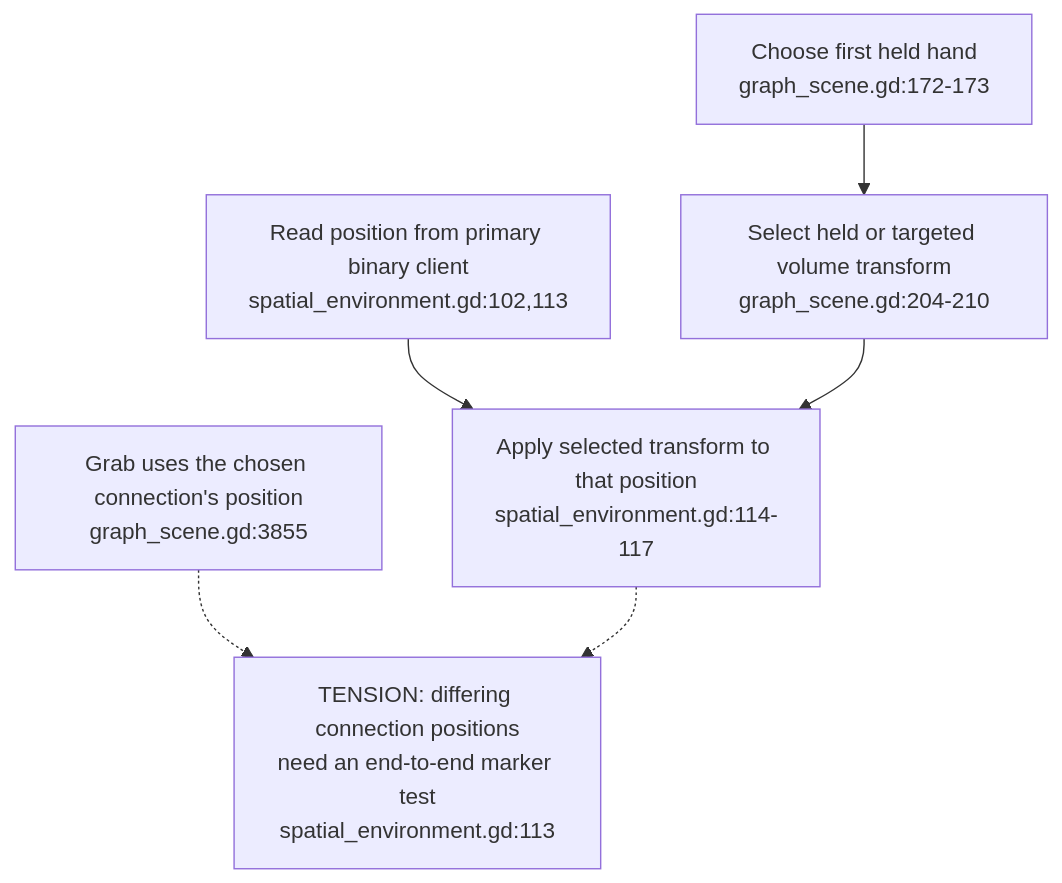
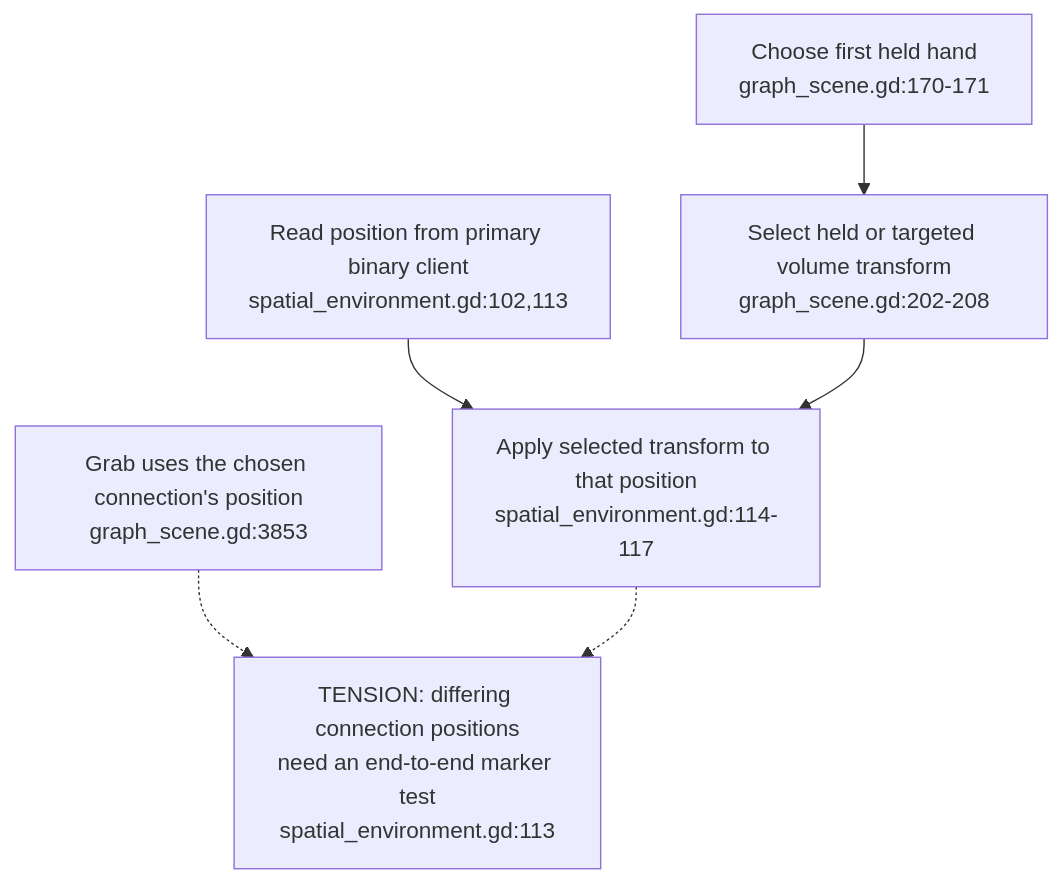
One commit to DreamLab-AI/VisionFlow changed the fifth of 7 diagrams in docs/diagrams/visionclaw/52-drag-holds-and-observation-gates.md. Above: the diagram before and after it, drawn with Mermaid. The commit also changed other lines of this file and 6 other files, not shown here.

First line of the commit message:
diagrams(visionclaw): re-verify VC-51..57 at visionclaw 4900ec60

````diff
--- a/docs/diagrams/visionclaw/52-drag-holds-and-observation-gates.md
+++ b/docs/diagrams/visionclaw/52-drag-holds-and-observation-gates.md
@@ -108,8 +108,8 @@
 ```mermaid
 flowchart TD
-    HAND["Choose first held hand<br/>graph_scene.gd:172-173"] --> FRAME["Select held or targeted volume transform<br/>graph_scene.gd:204-210"]
+    HAND["Choose first held hand<br/>graph_scene.gd:170-171"] --> FRAME["Select held or targeted volume transform<br/>graph_scene.gd:202-208"]
     PRIMARY["Read position from primary binary client<br/>spatial_environment.gd:102,113"] --> WORLD["Apply selected transform to that position<br/>spatial_environment.gd:114-117"]
     FRAME --> WORLD
-    GRAB["Grab uses the chosen connection's position<br/>graph_scene.gd:3855"] -.-> GAP["TENSION: differing connection positions<br/>need an end-to-end marker test<br/>spatial_environment.gd:113"]
+    GRAB["Grab uses the chosen connection's position<br/>graph_scene.gd:3853"] -.-> GAP["TENSION: differing connection positions<br/>need an end-to-end marker test<br/>spatial_environment.gd:113"]
     WORLD -.-> GAP
 ```
````
